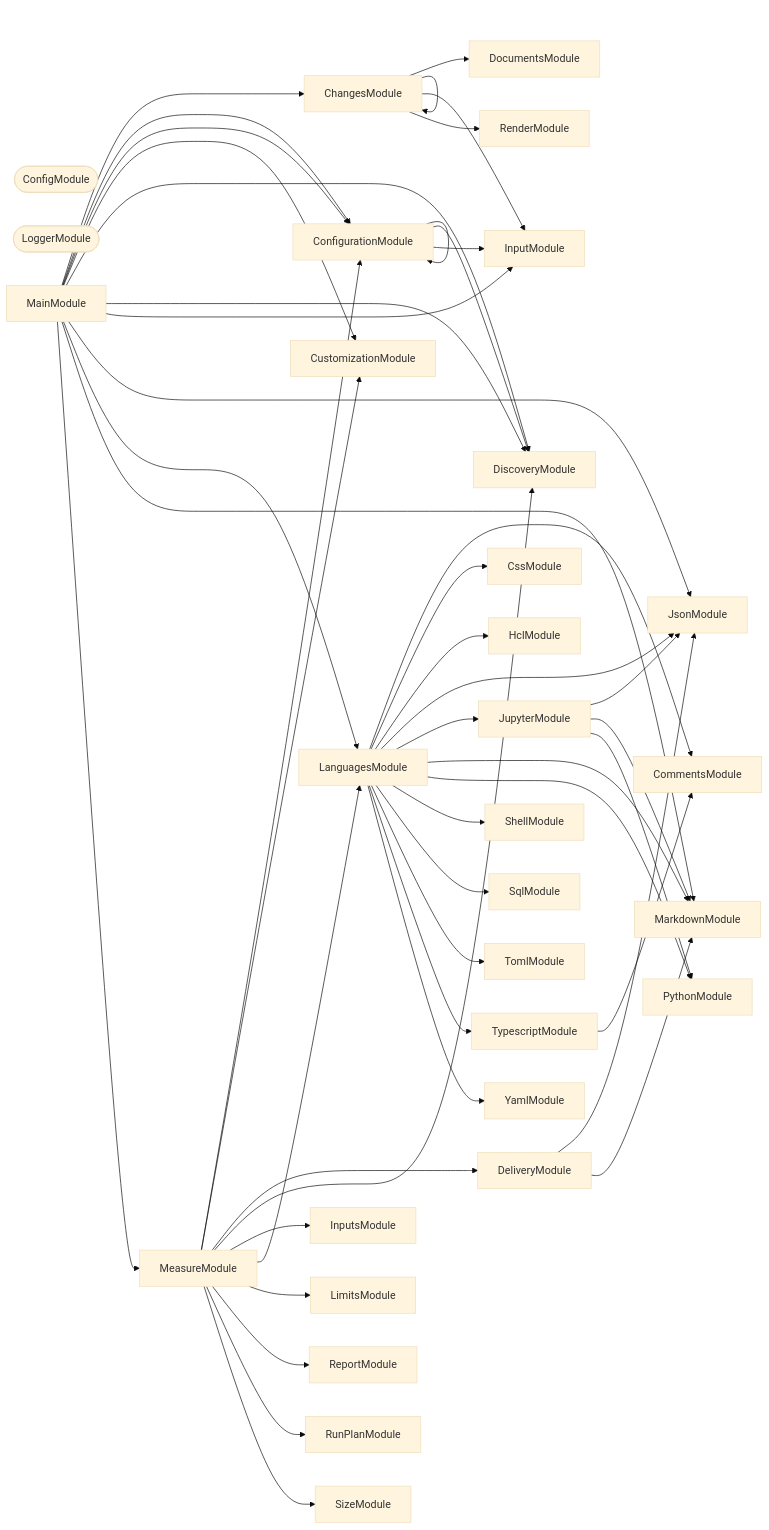
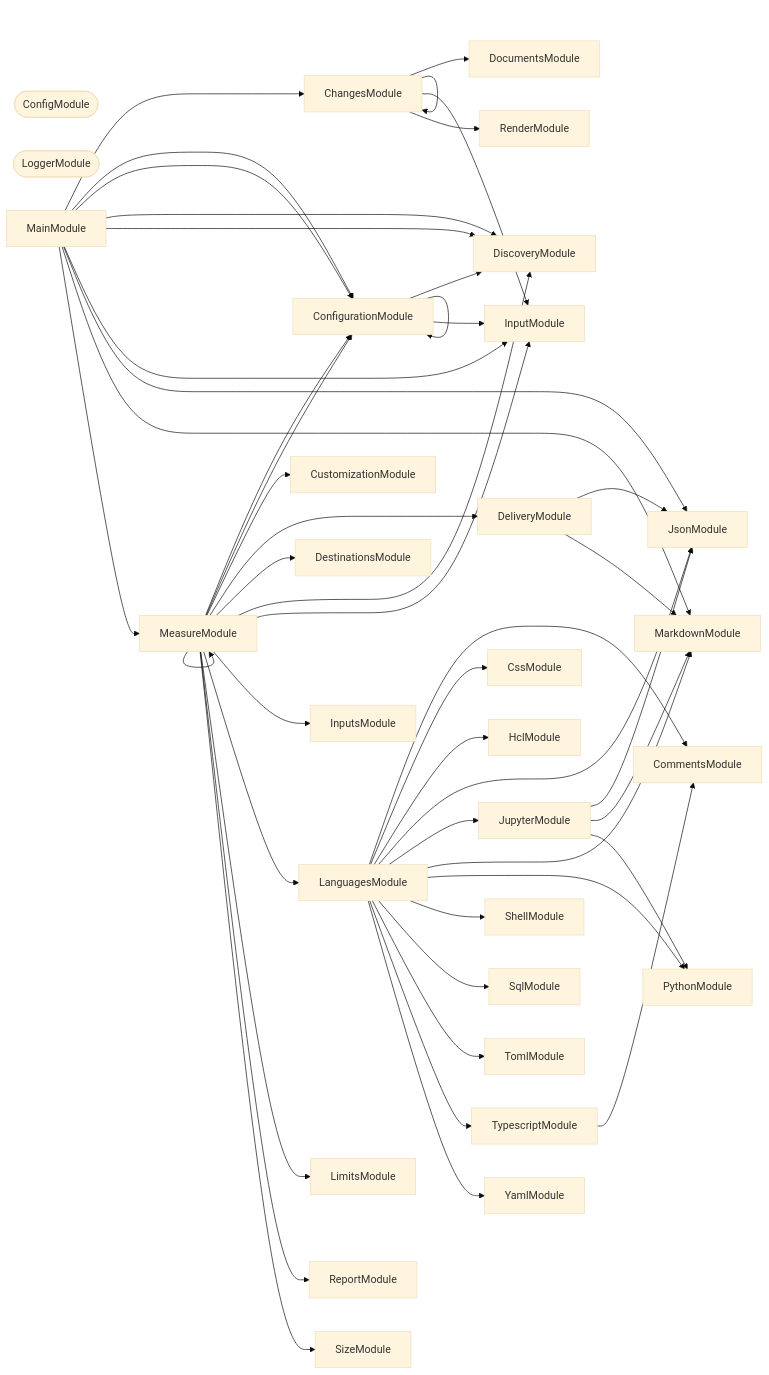
The second of 3 diagrams in packages/ic-suite/codometer/codometer-cli/README.md (JimmyPaolini/codebase), drawn with Mermaid (base theme) before and after one commit. The commit also changed other lines of this file and 248 other files, not shown here.

````diff
--- a/packages/ic-suite/codometer/codometer-cli/README.md
+++ b/packages/ic-suite/codometer/codometer-cli/README.md
@@ -925,79 +897,80 @@
 ```mermaid
 flowchart LR
   ChangesModule
   CommentsModule
   ConfigModule([ConfigModule])
   ConfigurationModule
   CssModule
   CustomizationModule
   DeliveryModule
+  DestinationsModule
   DiscoveryModule
   DocumentsModule
   HclModule
   InputModule
   InputsModule
   JsonModule
   JupyterModule
   LanguagesModule
   LimitsModule
   LoggerModule([LoggerModule])
   MainModule
   MarkdownModule
   MeasureModule
   PythonModule
   RenderModule
   ReportModule
-  RunPlanModule
   ShellModule
   SizeModule
   SqlModule
   TomlModule
   TypescriptModule
   YamlModule
   ChangesModule --> ChangesModule
   ChangesModule --> DocumentsModule
   ChangesModule --> InputModule
   ChangesModule --> RenderModule
   ConfigurationModule --> ConfigurationModule
   ConfigurationModule --> DiscoveryModule
   ConfigurationModule --> InputModule
   DeliveryModule --> JsonModule
   DeliveryModule --> MarkdownModule
   JupyterModule --> JsonModule
   JupyterModule --> MarkdownModule
   JupyterModule --> PythonModule
   LanguagesModule --> CommentsModule
   LanguagesModule --> CssModule
   LanguagesModule --> HclModule
   LanguagesModule --> JsonModule
   LanguagesModule --> JupyterModule
   LanguagesModule --> MarkdownModule
   LanguagesModule --> PythonModule
   LanguagesModule --> ShellModule
   LanguagesModule --> SqlModule
   LanguagesModule --> TomlModule
   LanguagesModule --> TypescriptModule
   LanguagesModule --> YamlModule
   MainModule --> ChangesModule
   MainModule --> ConfigurationModule
   MainModule --> ConfigurationModule
-  MainModule --> CustomizationModule
   MainModule --> DiscoveryModule
   MainModule --> DiscoveryModule
   MainModule --> InputModule
   MainModule --> JsonModule
-  MainModule --> LanguagesModule
   MainModule --> MarkdownModule
   MainModule --> MeasureModule
   MeasureModule --> ConfigurationModule
+  MeasureModule --> ConfigurationModule
   MeasureModule --> CustomizationModule
   MeasureModule --> DeliveryModule
+  MeasureModule --> DestinationsModule
   MeasureModule --> DiscoveryModule
+  MeasureModule --> InputModule
   MeasureModule --> InputsModule
   MeasureModule --> LanguagesModule
   MeasureModule --> LimitsModule
+  MeasureModule --> MeasureModule
   MeasureModule --> ReportModule
-  MeasureModule --> RunPlanModule
   MeasureModule --> SizeModule
   TypescriptModule --> CommentsModule
 ```
````
